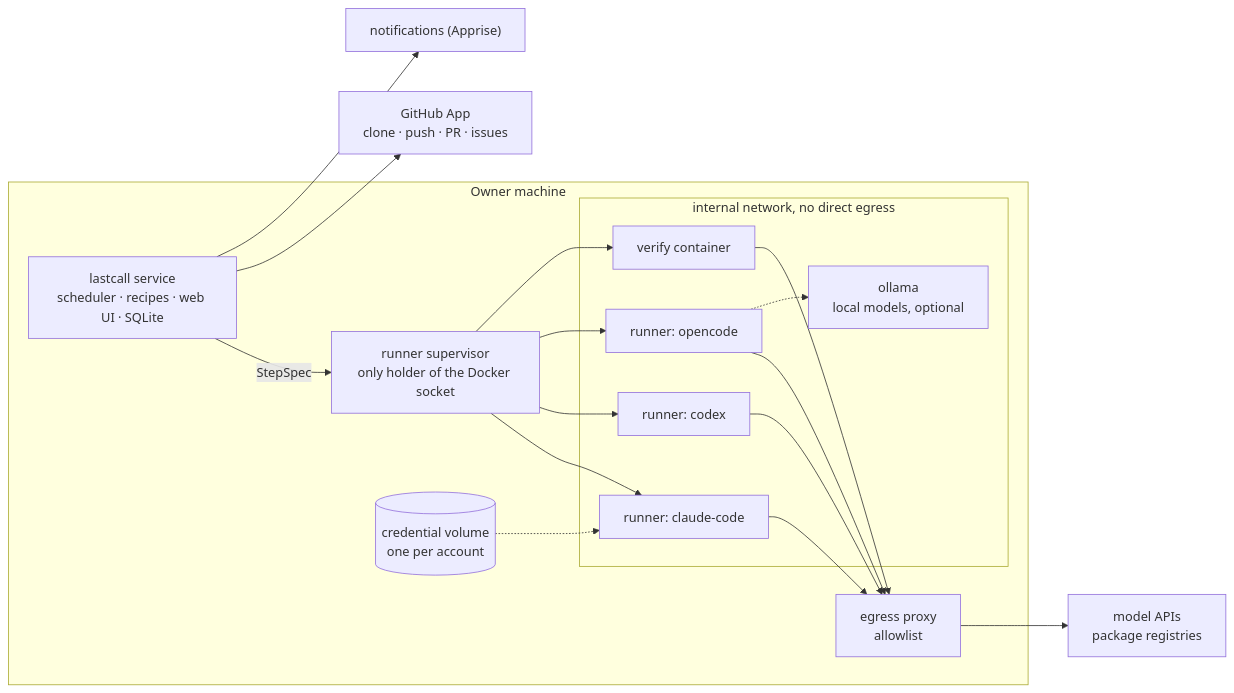
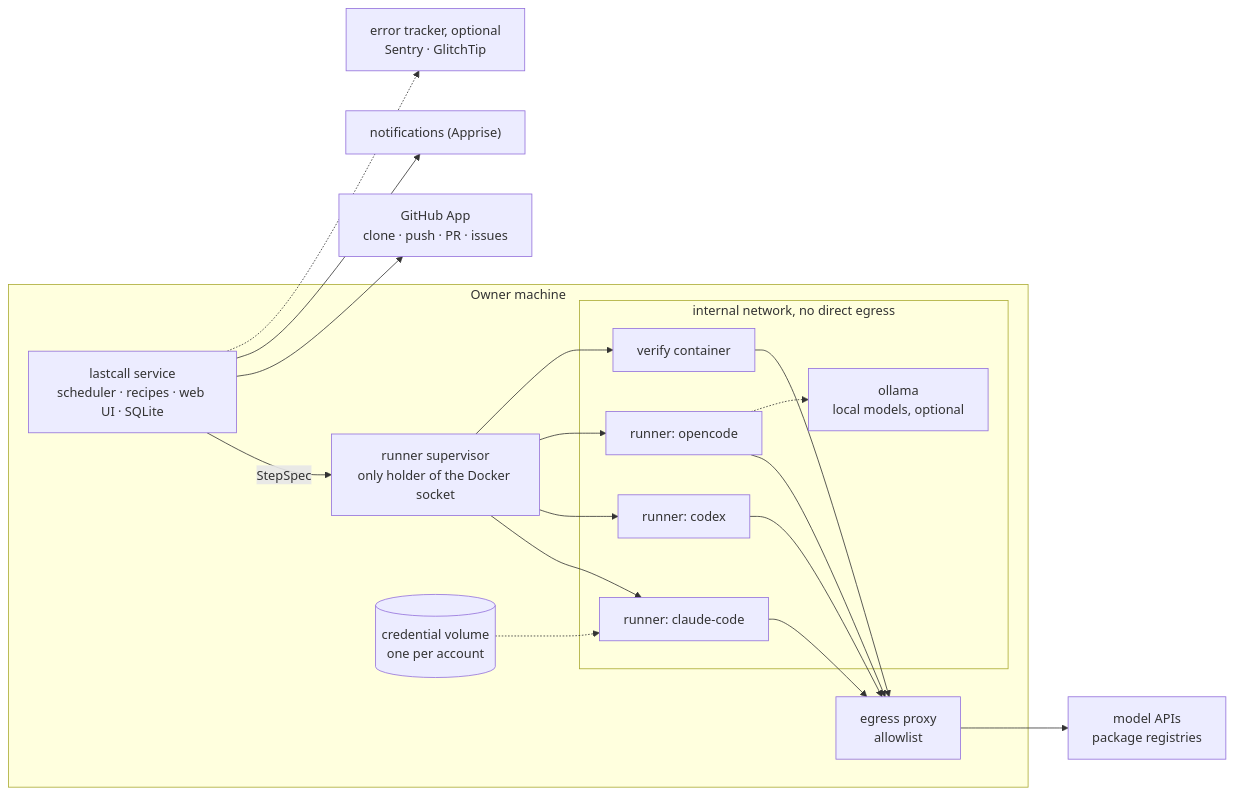
Before and after one commit to ne0x86/lastcall: the diagram in DESIGN.md, drawn with Mermaid. The commit also changed other lines of this file and 17 other files, not shown here.

First line of the commit message:
Add signals: errors in production from Sentry or GlitchTip

````diff
--- a/DESIGN.md
+++ b/DESIGN.md
@@ -96,24 +96,25 @@
 ```mermaid
 flowchart LR
   subgraph host ["Owner machine"]
     S["lastcall service<br/>scheduler · recipes · web UI · SQLite"]
     V["runner supervisor<br/>only holder of the Docker socket"]
     E["egress proxy<br/>allowlist"]
     C1[("credential volume<br/>one per account")]
     subgraph sandbox ["internal network, no direct egress"]
       R1["runner: claude-code"]
       R2["runner: codex"]
       R3["runner: opencode"]
       T["verify container"]
       L["ollama<br/>local models, optional"]
     end
   end
   S -- "StepSpec" --> V
   V --> R1 & R2 & R3 & T
   R1 & R2 & R3 & T --> E
   R3 -.-> L
   E --> M["model APIs<br/>package registries"]
   C1 -.-> R1
   S --> G["GitHub App<br/>clone · push · PR · issues"]
   S --> N["notifications (Apprise)"]
+  S -.-> X["error tracker, optional<br/>Sentry · GlitchTip"]
 ```
````
